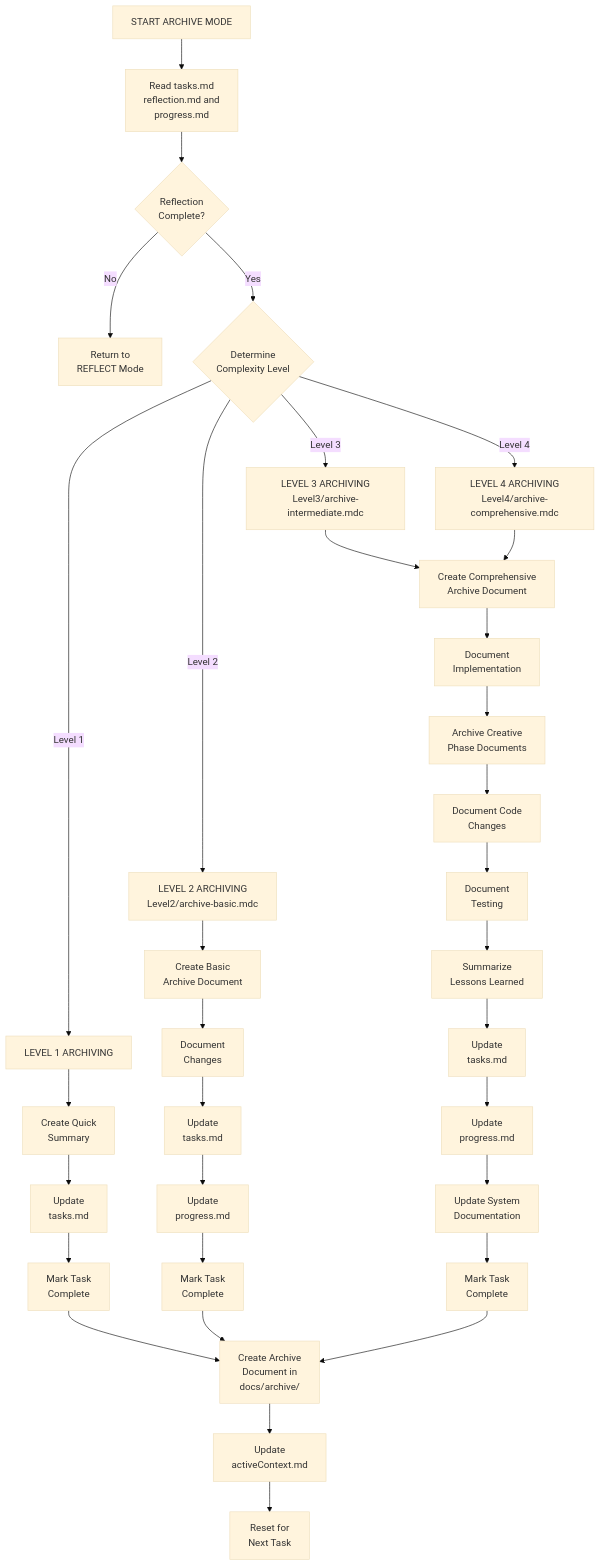
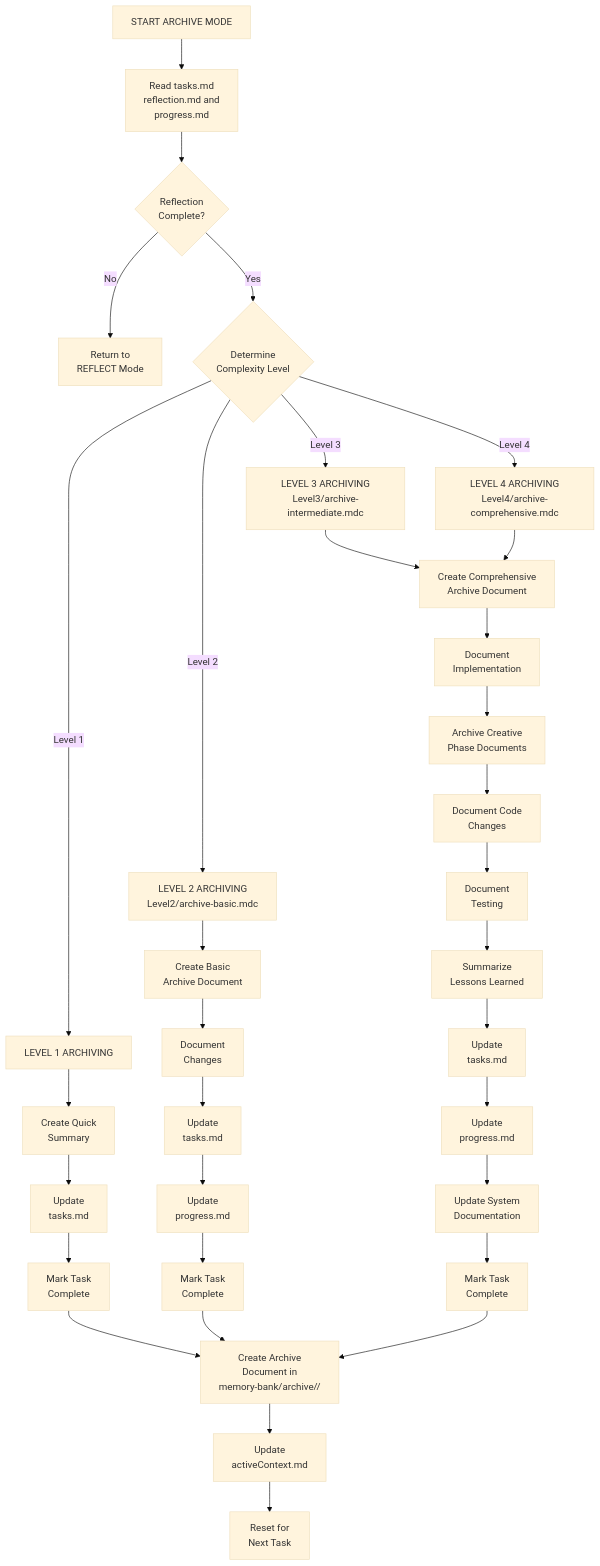
One commit to Texarkanine/ai-rizz changed the first of 7 diagrams in .cursor/rules/isolation_rules/visual-maps/archive-mode-map.mdc. Above: the diagram before and after it, drawn with Mermaid (base theme). The commit also changed other lines of this file and 12 other files, not shown here.

````diff
--- a/.cursor/rules/isolation_rules/visual-maps/archive-mode-map.mdc
+++ b/.cursor/rules/isolation_rules/visual-maps/archive-mode-map.mdc
@@ -13,44 +13,44 @@
 ```mermaid
 graph TD
     Start["START ARCHIVE MODE"] --> ReadTasks["Read tasks.md<br>reflection.md and<br>progress.md"]
     
     %% Initial Assessment
     ReadTasks --> VerifyReflect{"Reflection<br>Complete?"}
     VerifyReflect -->|"No"| ReturnReflect["Return to<br>REFLECT Mode"]
     VerifyReflect -->|"Yes"| AssessLevel{"Determine<br>Complexity Level"}
     
     %% Level-Based Archiving
     AssessLevel -->|"Level 1"| L1Archive["LEVEL 1 ARCHIVING"]
     AssessLevel -->|"Level 2"| L2Archive["LEVEL 2 ARCHIVING<br>Level2/archive-basic.mdc"]
     AssessLevel -->|"Level 3"| L3Archive["LEVEL 3 ARCHIVING<br>Level3/archive-intermediate.mdc"]
     AssessLevel -->|"Level 4"| L4Archive["LEVEL 4 ARCHIVING<br>Level4/archive-comprehensive.mdc"]
     
     %% Level 1 Archiving (Minimal)
     L1Archive --> L1Summary["Create Quick<br>Summary"]
     L1Summary --> L1Task["Update<br>tasks.md"]
     L1Task --> L1Complete["Mark Task<br>Complete"]
     
     %% Level 2 Archiving (Basic)
     L2Archive --> L2Summary["Create Basic<br>Archive Document"]
     L2Summary --> L2Doc["Document<br>Changes"]
     L2Doc --> L2Task["Update<br>tasks.md"]
     L2Task --> L2Progress["Update<br>progress.md"]
     L2Progress --> L2Complete["Mark Task<br>Complete"]
     
     %% Level 3-4 Archiving (Comprehensive)
     L3Archive & L4Archive --> L34Summary["Create Comprehensive<br>Archive Document"]
     L34Summary --> L34Doc["Document<br>Implementation"]
     L34Doc --> L34Creative["Archive Creative<br>Phase Documents"]
     L34Creative --> L34Code["Document Code<br>Changes"]
     L34Code --> L34Test["Document<br>Testing"]
     L34Test --> L34Lessons["Summarize<br>Lessons Learned"]
     L34Lessons --> L34Task["Update<br>tasks.md"]
     L34Task --> L34Progress["Update<br>progress.md"]
     L34Progress --> L34System["Update System<br>Documentation"]
     L34System --> L34Complete["Mark Task<br>Complete"]
     
     %% Completion
-    L1Complete & L2Complete & L34Complete --> CreateArchive["Create Archive<br>Document in<br>docs/archive/"]
+    L1Complete & L2Complete & L34Complete --> CreateArchive["Create Archive<br>Document in<br>memory-bank/archive/<kind>/"]
     CreateArchive --> UpdateActive["Update<br>activeContext.md"]
     UpdateActive --> Reset["Reset for<br>Next Task"]
 ```
````
